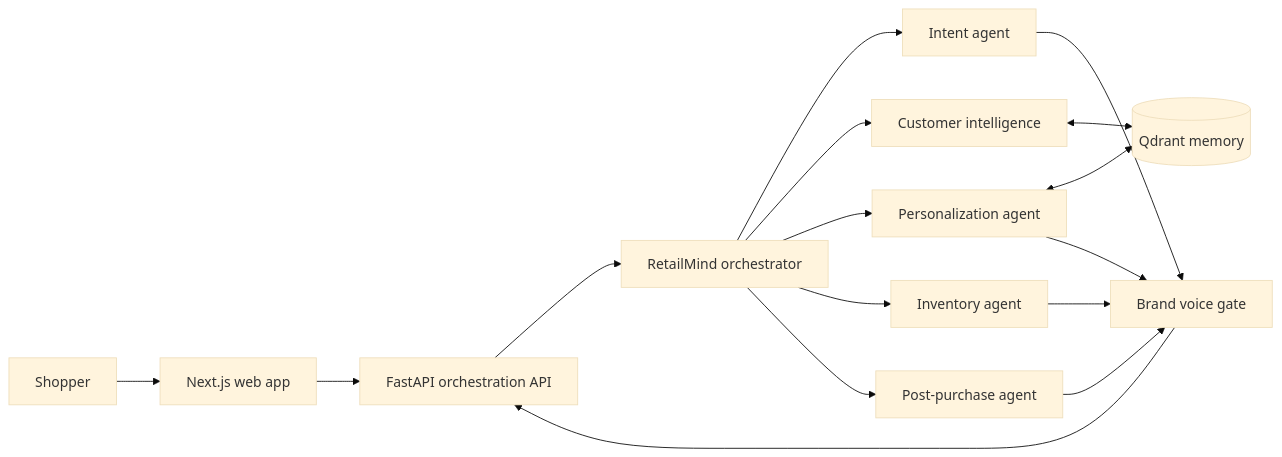
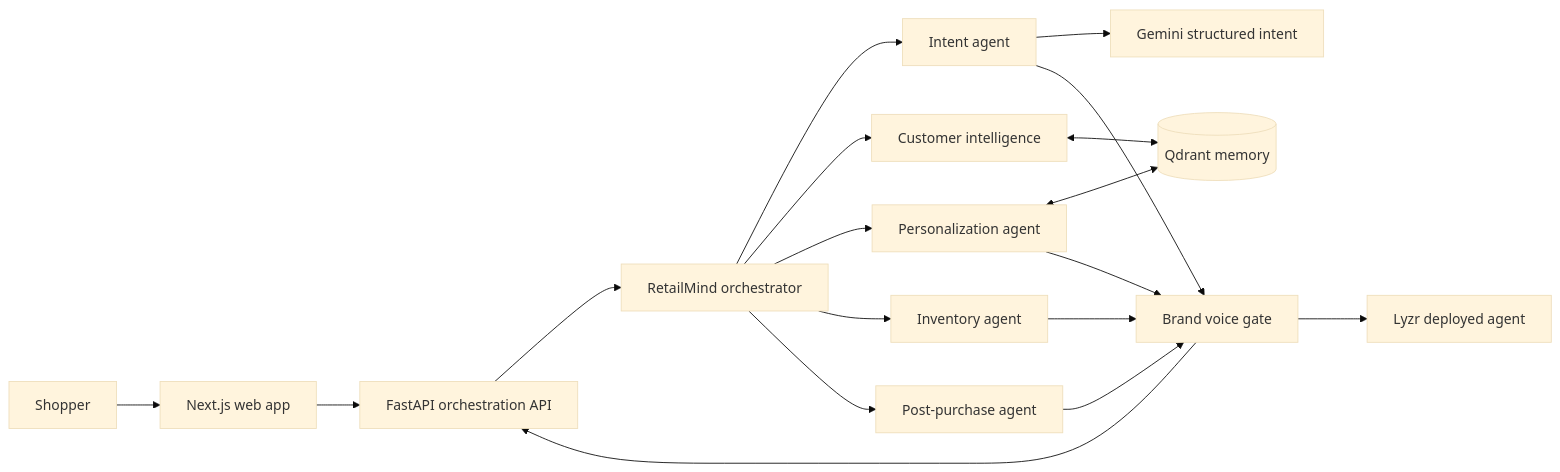
One commit to sinha4/RetailMind changed the diagram in docs/architecture.md. Above: the diagram before and after it, drawn with Mermaid (base theme). The commit also changed other lines of this file and 50 other files, not shown here.

````diff
--- a/docs/architecture.md
+++ b/docs/architecture.md
@@ -5,18 +5,20 @@
 ```mermaid
 flowchart LR
   Shopper[Shopper] --> Web[Next.js web app]
   Web --> API[FastAPI orchestration API]
   API --> Orchestrator[RetailMind orchestrator]
   Orchestrator --> Intent[Intent agent]
   Orchestrator --> Customer[Customer intelligence]
   Orchestrator --> Personalization[Personalization agent]
   Orchestrator --> Inventory[Inventory agent]
   Orchestrator --> Retention[Post-purchase agent]
+  Intent --> Gemini[Gemini structured intent]
   Intent --> Brand[Brand voice gate]
+  Brand --> Lyzr[Lyzr deployed agent]
   Customer <--> Qdrant[(Qdrant memory)]
   Personalization <--> Qdrant
   Personalization --> Brand
   Inventory --> Brand
   Retention --> Brand
   Brand --> API
 ```
````
